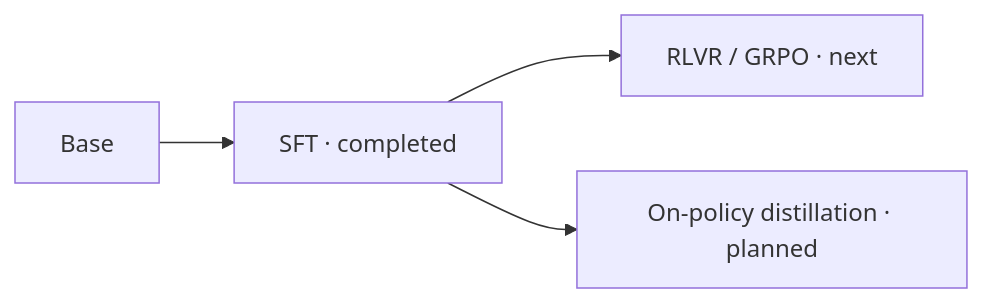
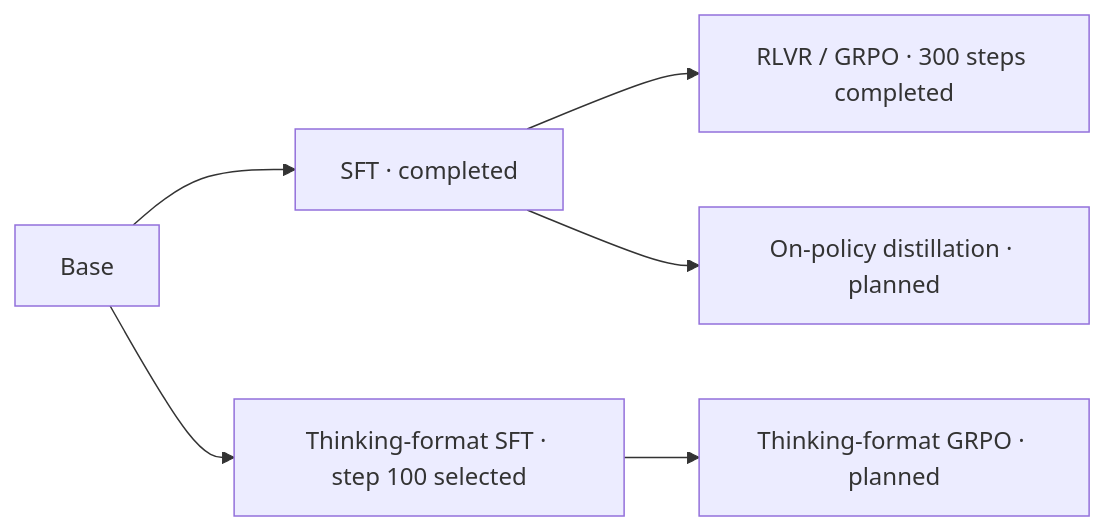
Before and after one commit to ppokhare/llm_training: the diagram in README.md, drawn with Mermaid. The commit also changed other lines of this file and 43 other files, not shown here.

````diff
--- a/README.md
+++ b/README.md
@@ -5,6 +5,8 @@
 ```mermaid
 flowchart LR
     B[Base] --> S[SFT · completed]
-    S --> R[RLVR / GRPO · next]
+    S --> R[RLVR / GRPO · 300 steps completed]
+    B --> T[Thinking-format SFT · step 100 selected]
+    T --> G[Thinking-format GRPO · planned]
     S --> D[On-policy distillation · planned]
 ```
````
